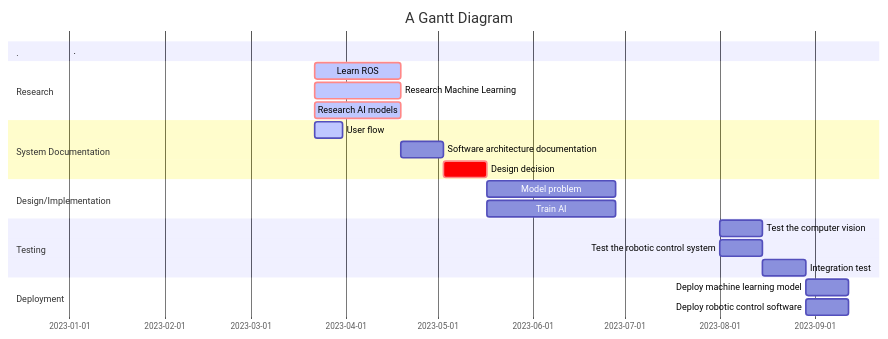
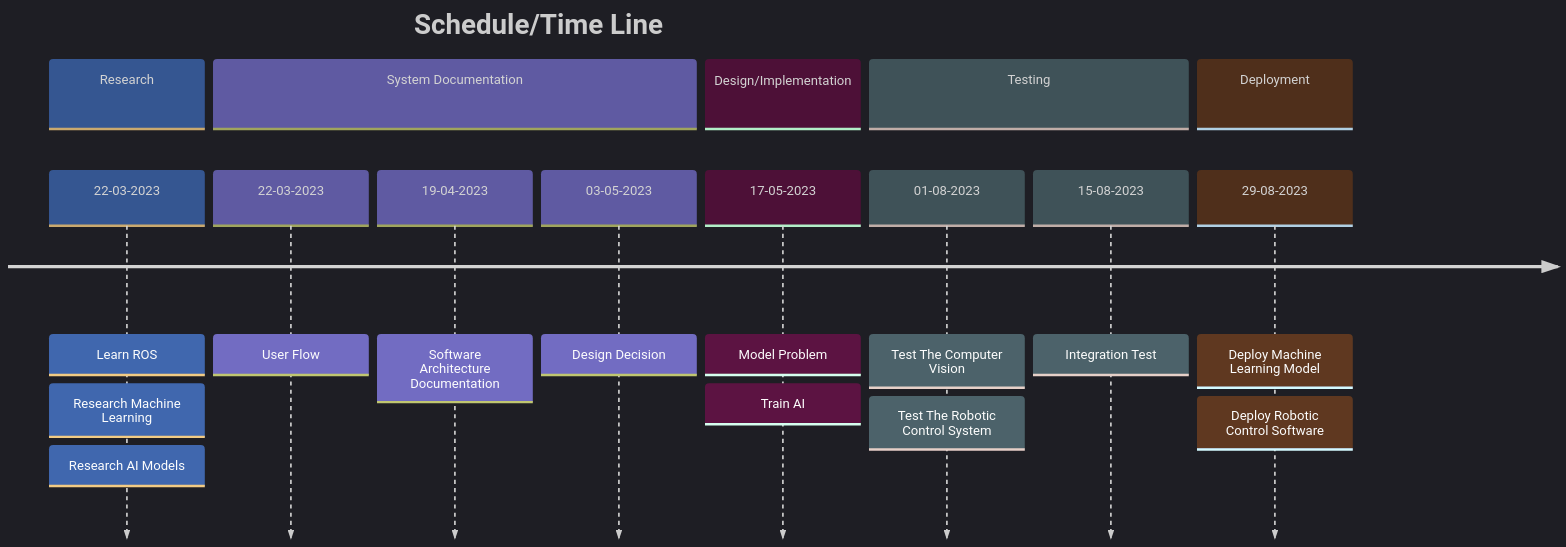
The diagram in project_plan/plan.md (kanbanyte/sepa), drawn with Mermaid before and after one commit.

Commit message:
Update project_plan/plan.md
Change from gantt chart to timeline diagram

````diff
--- a/project_plan/plan.md
+++ b/project_plan/plan.md
@@ -282,34 +282,42 @@
 ```mermaid
-gantt
+timeline
+	title Schedule/Time Line
 
-    title A Gantt Diagram
-    dateFormat DD-MM-YYYY
-    
-    section .
-    .: 01-01-2023, 1min
-    
-    section Research
-    Learn ROS :crit, active, a1, 22-03-2023, 28d
-    Research Machine Learning :crit, active, 22-03-2023, 28d
-    Research AI models :crit, active, 22-03-2023, 28d
+	section Research
+		22-03-2023
+			: Learn ROS
+			: Research Machine Learning
+			: Research AI Models
 
-    section System Documentation
-    User flow :active, a2,  22-03-2023, 9d
-    Software architecture documentation    :a3, after a1, 14d
-    Design decision    :crit, a4, after a3, 14d
+	section System Documentation
+		22-03-2023 : User Flow
+		19-04-2023 : Software Architecture Documentation
+		03-05-2023 : Design Decision
 
-    section Design/Implementation
-    Model problem     : after a4, 42d
-    Train AI    : after a4, 42d
+	section Design/Implementation
+		17-05-2023
+			: Model Problem
+			: Train AI
 
-    section Testing
-    Test the computer vision  :  a5, 01-08-2023, 14d
-    Test the robotic control system      : 01-08-2023,14d
-    Integration test    :  a6, after a5, 14d
-    
-    section Deployment
-    Deploy machine learning model  :after a6, 14d
-    Deploy robotic control software : after a6, 14d
+	section Testing
+		01-08-2023
+			: Test The Computer Vision
+			: Test The Robotic Control System
+		15-08-2023 : Integration Test
 
-    
+	section Deployment
+		29-08-2023
+			: Deploy Machine Learning Model
+			: Deploy Robotic Control Software
+
+%%{
+	init: {
+		'logLevel': 'debug',
+		'theme': 'dark',
+		'themeVariables': {
+			'cScale0': '#355691',
+			'cScale1': '#5f5aa2'
+		}
+	}
+}%%
 ```
````
